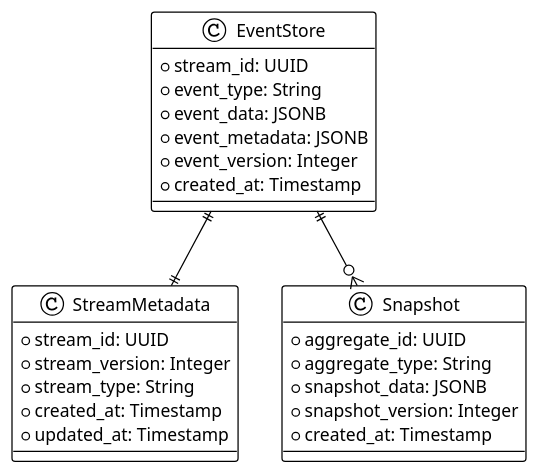
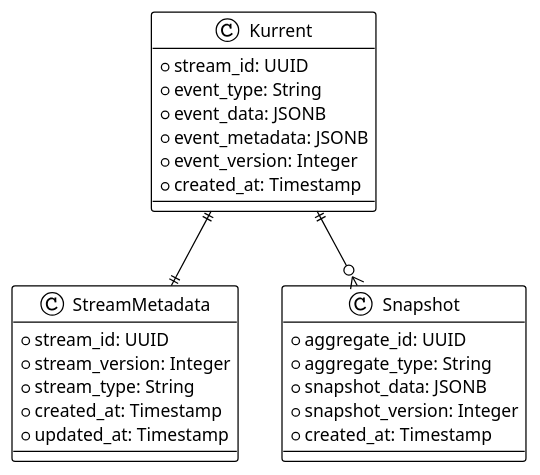
The fifth of 7 diagrams in docs/development/event-sourcing-design.md (masakazu1967/system-board), drawn with PlantUML before and after one commit. The commit also changed 20 other files, not shown here.

First line of the commit message:
refactor(architecture): EventStore DB → Kurrent DB 名称変更 (#181)

````diff
--- a/docs/development/event-sourcing-design.md
+++ b/docs/development/event-sourcing-design.md
@@ -141,34 +141,34 @@
 ```plantuml
-@startuml EventStoreSchema
+@startuml KurrentSchema
 !theme plain
 
-class EventStore {
+class Kurrent {
   +stream_id: UUID
   +event_type: String
   +event_data: JSONB
   +event_metadata: JSONB
   +event_version: Integer
   +created_at: Timestamp
 }
 
 class StreamMetadata {
   +stream_id: UUID
   +stream_version: Integer
   +stream_type: String
   +created_at: Timestamp
   +updated_at: Timestamp
 }
 
 class Snapshot {
   +aggregate_id: UUID
   +aggregate_type: String
   +snapshot_data: JSONB
   +snapshot_version: Integer
   +created_at: Timestamp
 }
 
-EventStore ||--|| StreamMetadata
-EventStore ||--o{ Snapshot
+Kurrent ||--|| StreamMetadata
+Kurrent ||--o{ Snapshot
 
 @enduml
 ```
````
